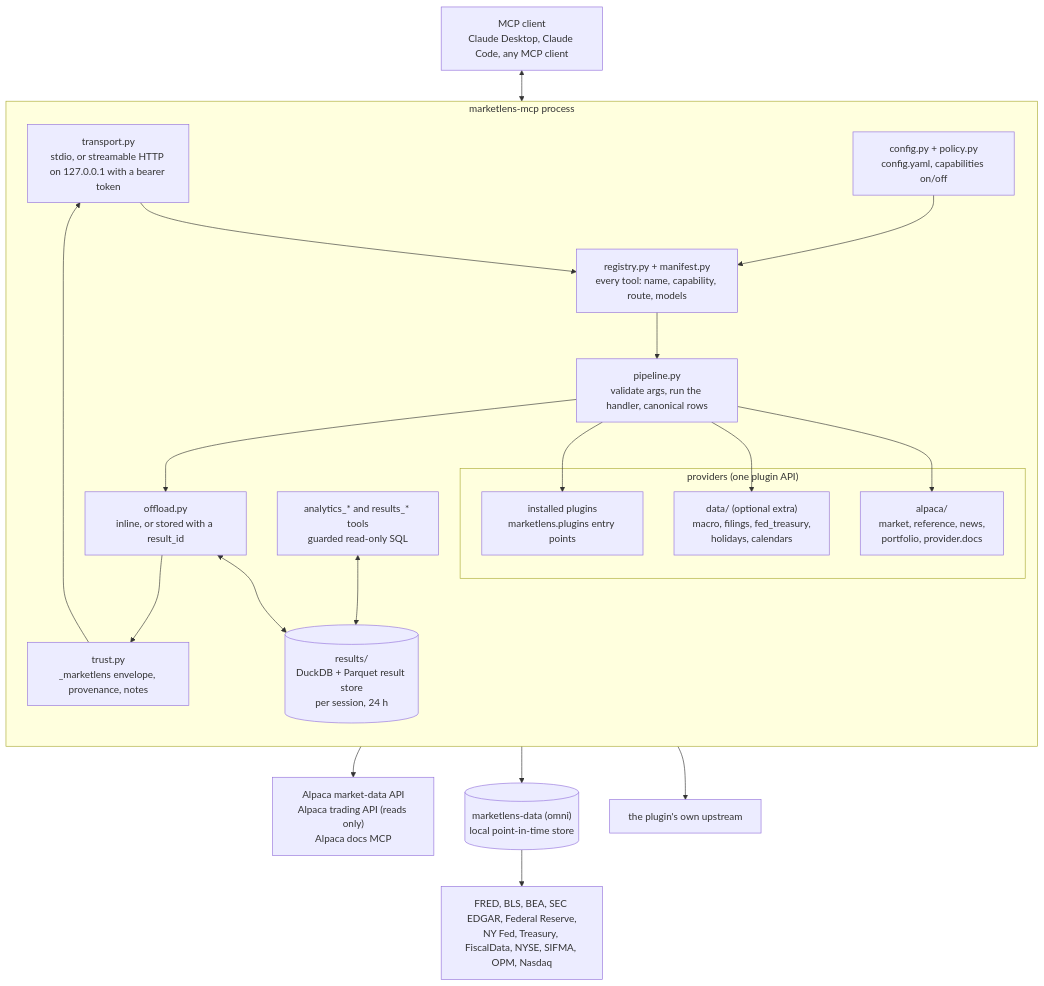
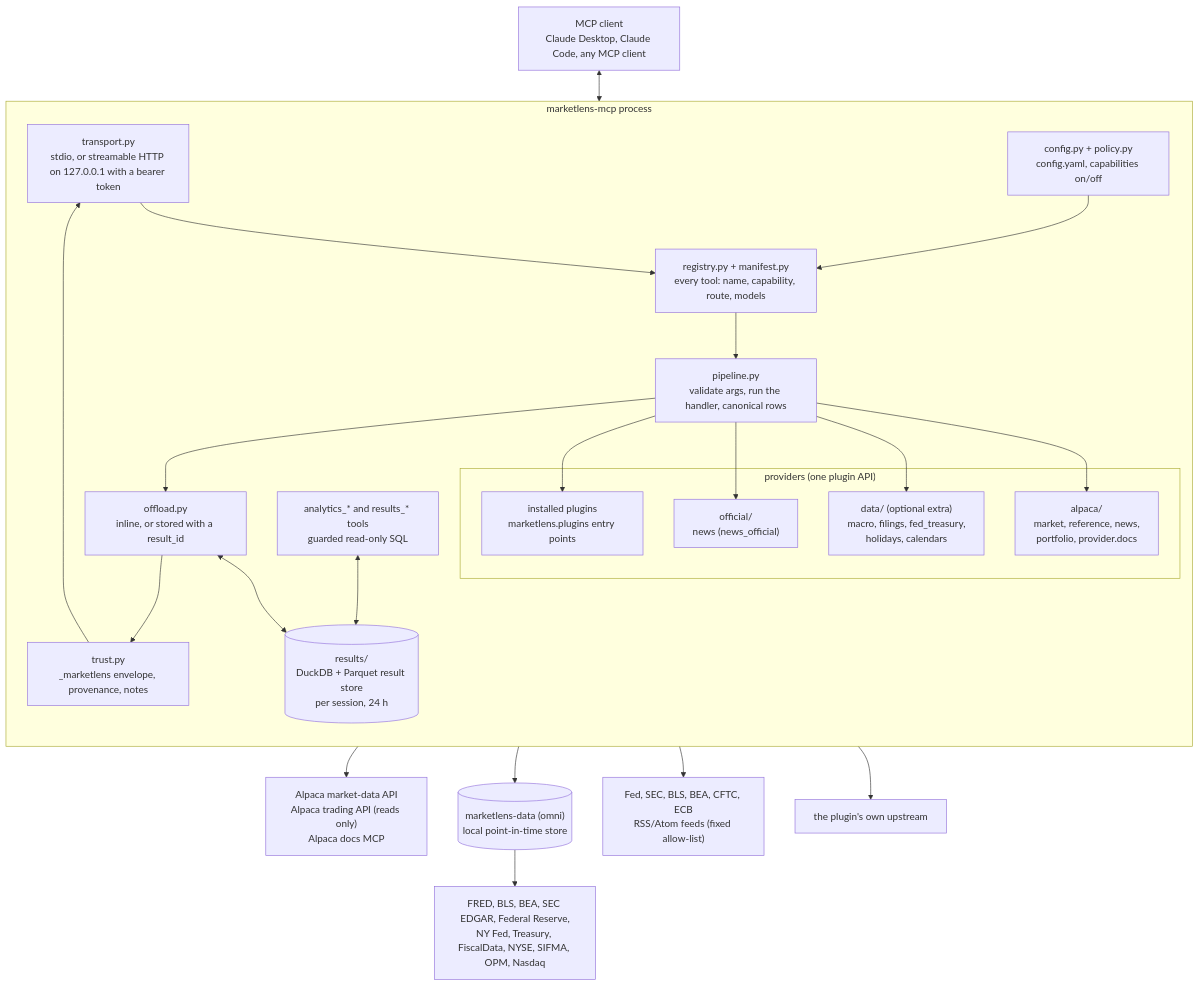
The diagram in README.md (jasonwu001t/marketlens-mcp), drawn with Mermaid before and after one commit. The commit also changed other lines of this file and 43 other files, not shown here.

````diff
--- a/README.md
+++ b/README.md
@@ -11,39 +11,42 @@
 ```mermaid
 flowchart TB
   client["MCP client<br/>Claude Desktop, Claude Code, any MCP client"]
   subgraph server["marketlens-mcp process"]
     direction TB
     transport["transport.py<br/>stdio, or streamable HTTP on 127.0.0.1 with a bearer token"]
     policy["config.py + policy.py<br/>config.yaml, capabilities on/off"]
     registry["registry.py + manifest.py<br/>every tool: name, capability, route, models"]
     pipeline["pipeline.py<br/>validate args, run the handler, canonical rows"]
     offload["offload.py<br/>inline, or stored with a result_id"]
     trust["trust.py<br/>_marketlens envelope, provenance, notes"]
     subgraph providers["providers (one plugin API)"]
       alpaca["alpaca/<br/>market, reference, news,<br/>portfolio, provider.docs"]
       data["data/ (optional extra)<br/>macro, filings, fed_treasury,<br/>holidays, calendars"]
+      official["official/<br/>news (news_official)"]
       plugins["installed plugins<br/>marketlens.plugins entry points"]
     end
     store[("results/<br/>DuckDB + Parquet result store<br/>per session, 24 h")]
     analytics["analytics_* and results_* tools<br/>guarded read-only SQL"]
   end
   alpacaapi["Alpaca market-data API<br/>Alpaca trading API (reads only)<br/>Alpaca docs MCP"]
   omni[("marketlens-data (omni)<br/>local point-in-time store")]
   publishers["FRED, BLS, BEA, SEC EDGAR, Federal Reserve,<br/>NY Fed, Treasury, FiscalData, NYSE, SIFMA, OPM, Nasdaq"]
+  feeds["Fed, SEC, BLS, BEA, CFTC, ECB<br/>RSS/Atom feeds (fixed allow-list)"]
   other["the plugin's own upstream"]
 
   client <--> transport
   transport --> registry
   policy --> registry
   registry --> pipeline
-  pipeline --> alpaca & data & plugins
+  pipeline --> alpaca & data & official & plugins
   pipeline --> offload
   offload <--> store
   analytics <--> store
   offload --> trust
   trust --> transport
   alpaca --> alpacaapi
   data --> omni
   omni --> publishers
+  official --> feeds
   plugins --> other
 ```
````
